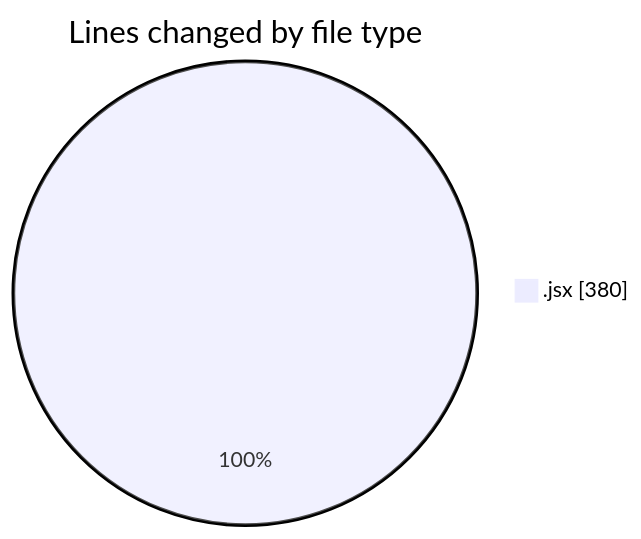
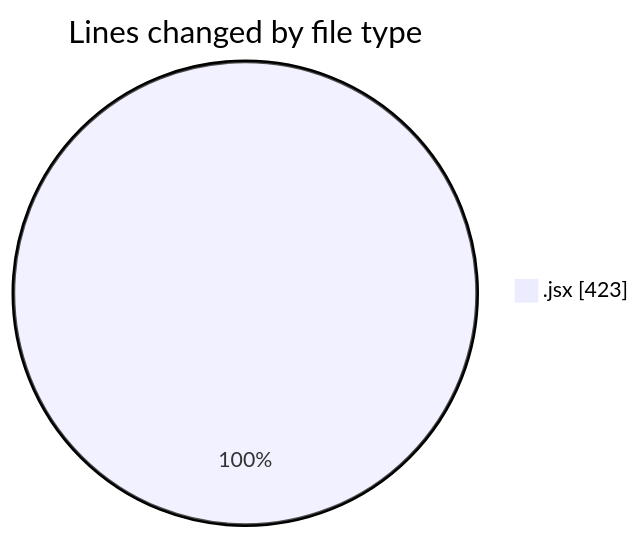
One commit to nxtqubesakshisongat/code-tracking changed the first of 2 diagrams in 2025-06-06/nxtqube_webapp/README.md. Above: the diagram before and after it, drawn with Mermaid. The commit also changed other lines of this file and 1 other file, not shown here.

````diff
--- a/2025-06-06/nxtqube_webapp/README.md
+++ b/2025-06-06/nxtqube_webapp/README.md
@@ -20,5 +20,5 @@
 ```mermaid
 pie showData
 title Lines changed by file type
-".jsx" : 380
+".jsx" : 423
 ```
````
